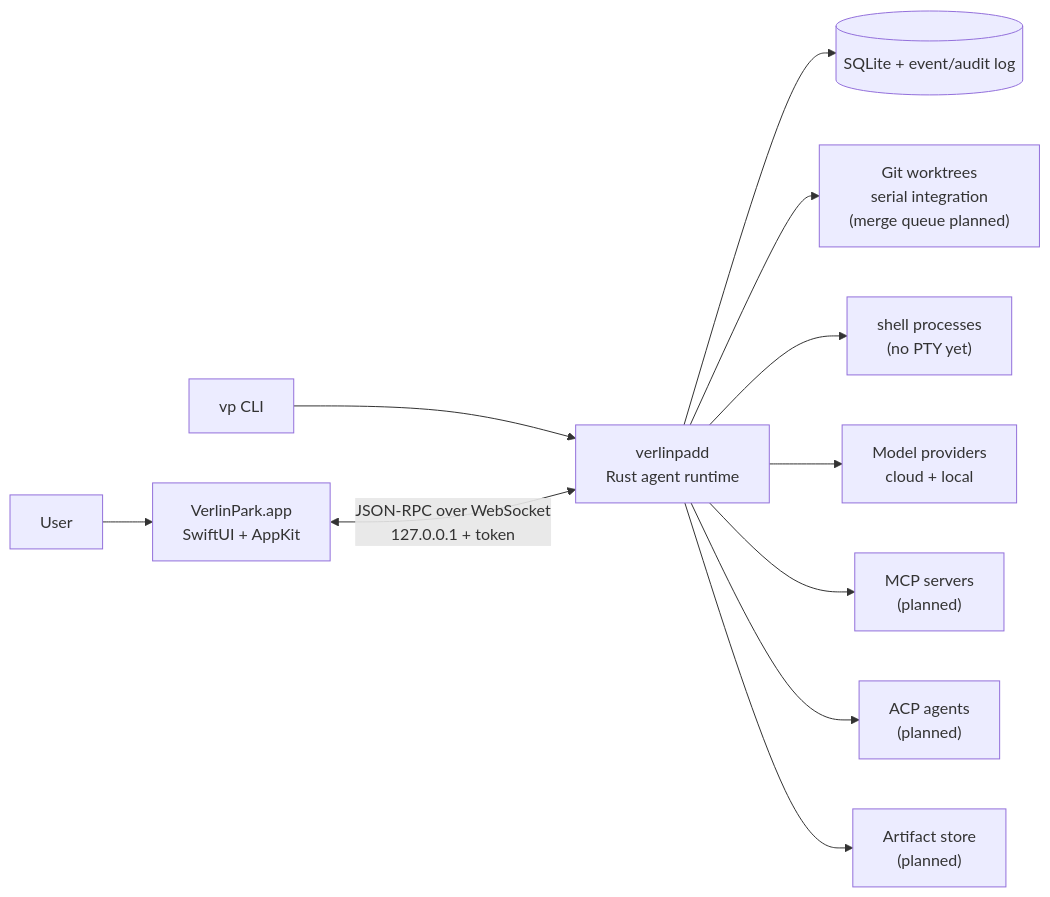
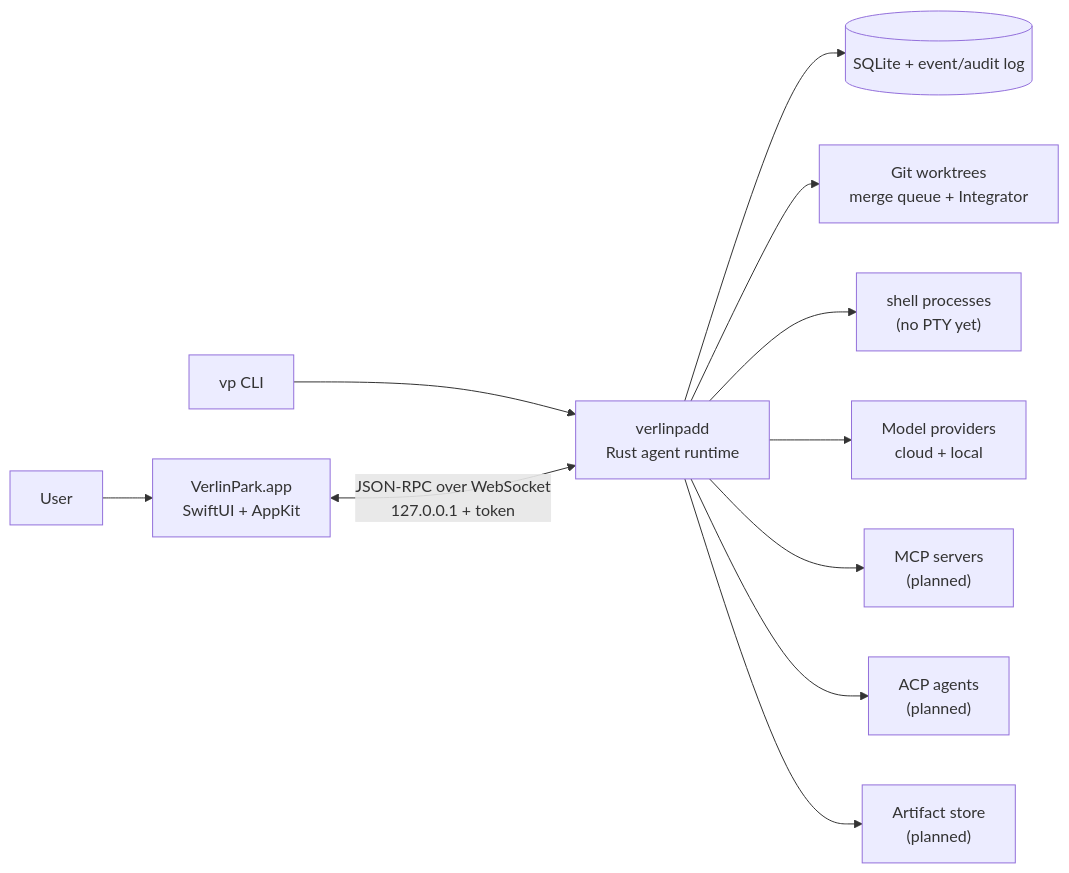
The diagram in README.md (Verlintas/VerlinPark), drawn with Mermaid before and after one commit. The commit also changed other lines of this file and 19 other files, not shown here.

Commit message:
feat(merge): add persistent queue and deterministic integrator gate

````diff
--- a/README.md
+++ b/README.md
@@ -74,13 +74,13 @@
 ```mermaid
 flowchart LR
   U[User] --> APP["VerlinPark.app<br/>SwiftUI + AppKit"]
   CLI["vp CLI"] --> CORE
   APP <-->|"JSON-RPC over WebSocket<br/>127.0.0.1 + token"| CORE["verlinpadd<br/>Rust agent runtime"]
   CORE --> DB[("SQLite + event/audit log")]
-  CORE --> GIT["Git worktrees<br/>serial integration<br/>(merge queue planned)"]
+  CORE --> GIT["Git worktrees<br/>merge queue + Integrator"]
   CORE --> PTY["shell processes<br/>(no PTY yet)"]
   CORE --> LLM["Model providers<br/>cloud + local"]
   CORE --> MCP["MCP servers<br/>(planned)"]
   CORE --> ACP["ACP agents<br/>(planned)"]
   CORE --> ART["Artifact store<br/>(planned)"]
 ```
````
